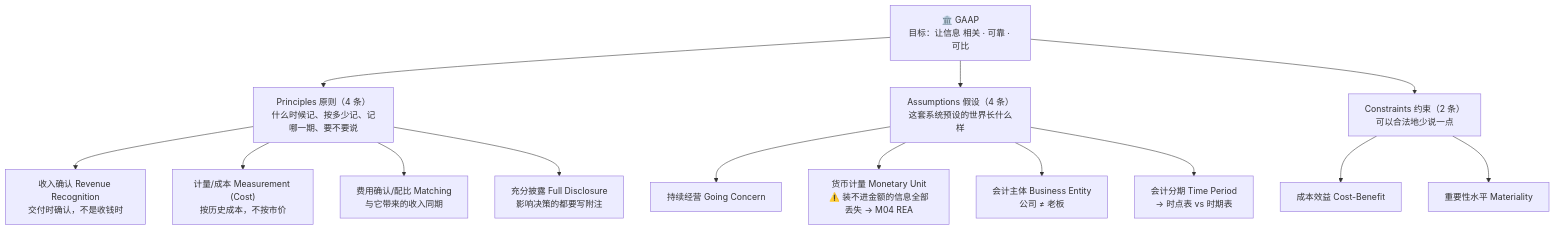
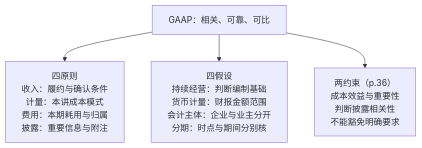
Before and after one commit to CercaTrovato/cityu-ai-course-notes: the tenth of 10 diagrams in AC6761_Artificial_Intelligence_Accounting/notes/M01-会计与商业.md, drawn with Mermaid. The commit also changed other lines of this file and 116 other files, not shown here.

````diff
--- a/AC6761_Artificial_Intelligence_Accounting/notes/M01-会计与商业.md
+++ b/AC6761_Artificial_Intelligence_Accounting/notes/M01-会计与商业.md
@@ -1621,17 +1877,6 @@
 ```mermaid
 flowchart TD
-    GAAP["🏛️ GAAP<br/>目标：让信息 相关 · 可靠 · 可比"]
-    GAAP --> P["Principles 原则（4 条）<br/>什么时候记、按多少记、记哪一期、要不要说"]
-    P --> P1["收入确认 Revenue Recognition<br/>交付时确认，不是收钱时"]
-    P --> P2["计量/成本 Measurement (Cost)<br/>按历史成本，不按市价"]
-    P --> P3["费用确认/配比 Matching<br/>与它带来的收入同期"]
-    P --> P4["充分披露 Full Disclosure<br/>影响决策的都要写附注"]
-    GAAP --> AS["Assumptions 假设（4 条）<br/>这套系统预设的世界长什么样"]
-    AS --> A1["持续经营 Going Concern"]
-    AS --> A2["货币计量 Monetary Unit<br/>⚠️ 装不进金额的信息全部丢失 → M04 REA"]
-    AS --> A3["会计主体 Business Entity<br/>公司 ≠ 老板"]
-    AS --> A4["会计分期 Time Period<br/>→ 时点表 vs 时期表"]
-    GAAP --> C["Constraints 约束（2 条）<br/>可以合法地少说一点"]
-    C --> C1["成本效益 Cost-Benefit"]
-    C --> C2["重要性水平 Materiality"]
+ G["GAAP：相关、可靠、可比"] --> P["四原则<br/>收入：履约与确认条件<br/>计量：本讲成本模式<br/>费用：本期耗用与归属<br/>披露：重要信息与附注"]
+ G --> A["四假设<br/>持续经营：判断编制基础<br/>货币计量：财报金额范围<br/>会计主体：企业与业主分开<br/>分期：时点与期间分别核"]
+ G --> C["两约束（p.36）<br/>成本效益与重要性<br/>判断披露相关性<br/>不能豁免明确要求"]
 ```
````
